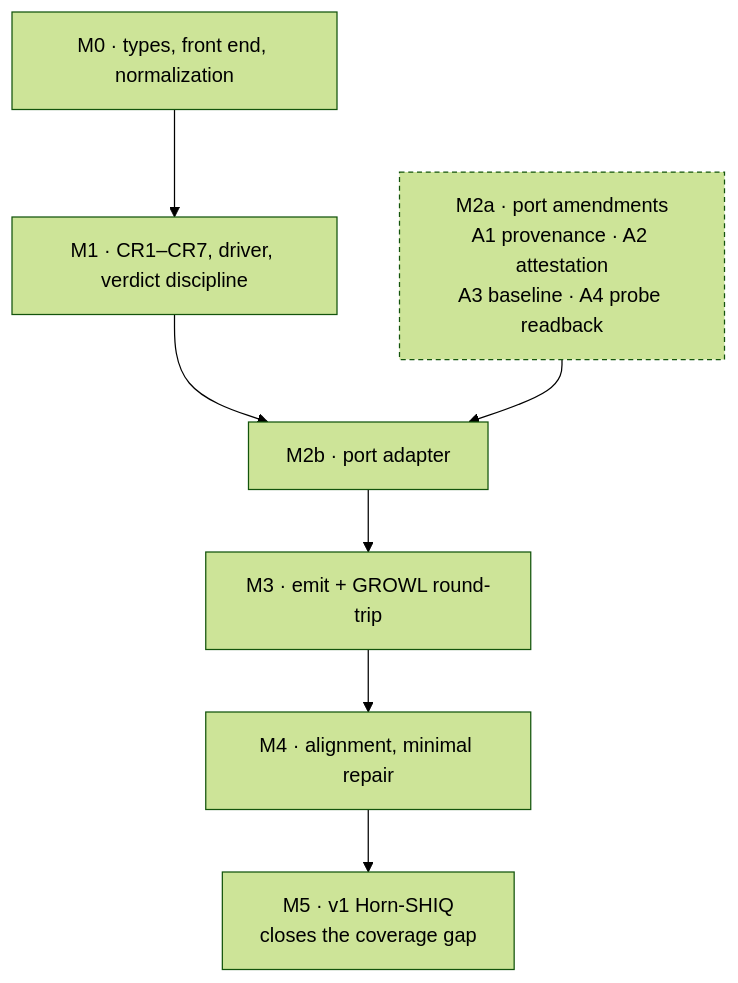
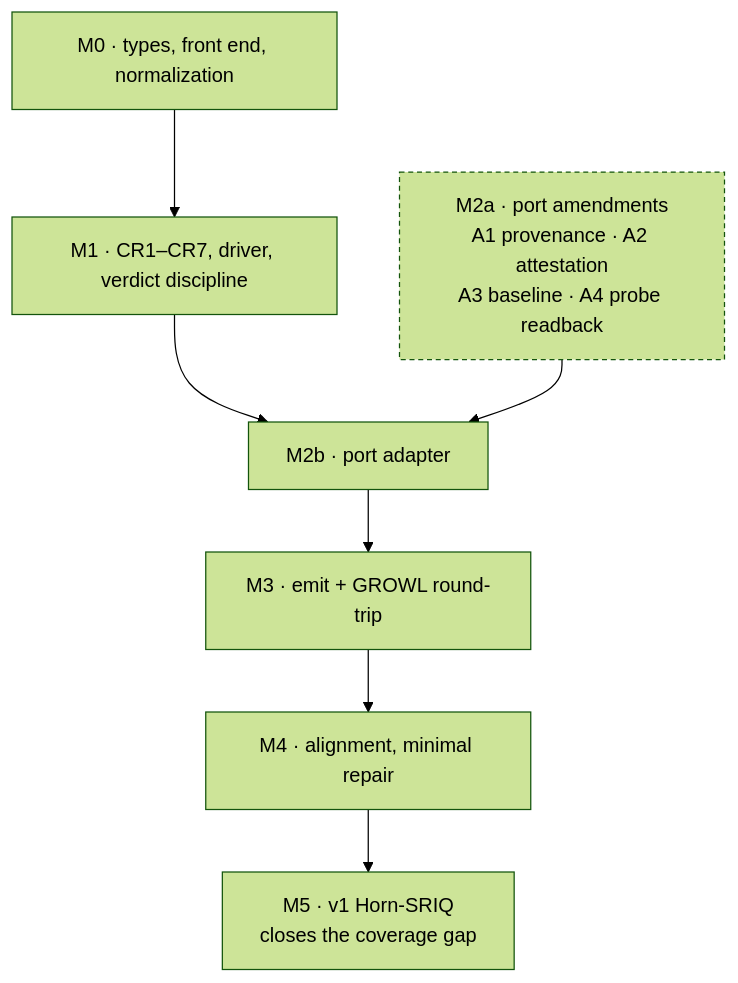
One commit to Trivyn/howl changed the sixth of 6 diagrams in SPEC.md. Above: the diagram before and after it, drawn with Mermaid (forest theme). The commit also changed other lines of this file and 132 other files, not shown here.

````diff
--- a/SPEC.md
+++ b/SPEC.md
@@ -3102,10 +3185,10 @@
 ```mermaid
 flowchart TB
   M0["M0 · types, front end, normalization"] --> M1["M1 · CR1–CR7, driver, verdict discipline"]
   M1 --> M2b["M2b · port adapter"]
   A["M2a · port amendments<br/>A1 provenance · A2 attestation<br/>A3 baseline · A4 probe readback"] --> M2b
   M2b --> M3["M3 · emit + GROWL round-trip"]
   M3 --> M4["M4 · alignment, minimal repair"]
-  M4 --> M5["M5 · v1 Horn-SHIQ<br/>closes the coverage gap"]
+  M4 --> M5["M5 · v1 Horn-SRIQ<br/>closes the coverage gap"]
   style A stroke-dasharray: 4 3
 ```
````
